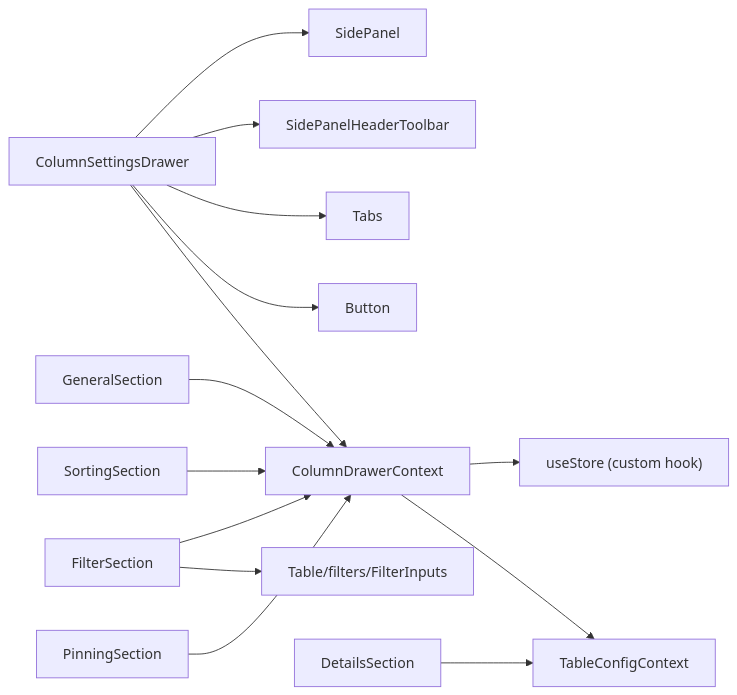
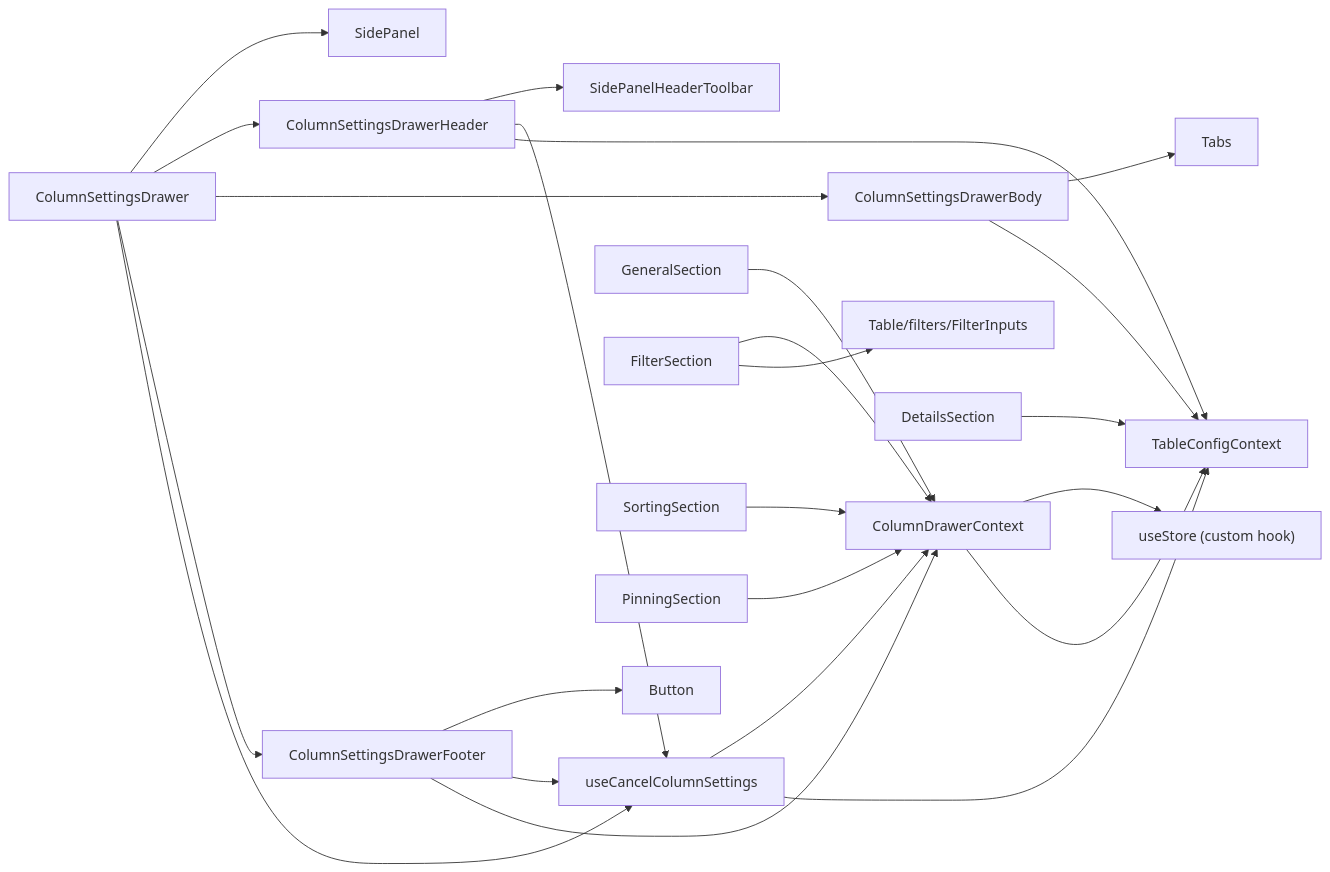
The first of 2 diagrams in packages/ui/src/components/Table/ColumnSettingsDrawer/ARCHITECTURE.md (luciocabrera/lcabrera-stack), drawn with Mermaid before and after one commit. The commit also changed other lines of this file and 1 other file, not shown here.

Commit message:
feat(ColumnSettingsDrawer): enhance architecture documentation with detailed component structure and hooks

````diff
--- a/packages/ui/src/components/Table/ColumnSettingsDrawer/ARCHITECTURE.md
+++ b/packages/ui/src/components/Table/ColumnSettingsDrawer/ARCHITECTURE.md
@@ -78,18 +96,32 @@
 ```mermaid
 graph LR
   CSD["ColumnSettingsDrawer"] --> SidePanel
-  CSD --> SidePanelHeaderToolbar
-  CSD --> Tabs
-  CSD --> Button
-  CSD --> ColumnDrawerContext
+  CSD --> CSDHeader["ColumnSettingsDrawerHeader"]
+  CSD --> CSDBody["ColumnSettingsDrawerBody"]
+  CSD --> CSDFooter["ColumnSettingsDrawerFooter"]
+  CSD --> CancelHook["useCancelColumnSettings"]
+
+  CSDHeader --> SidePanelHeaderToolbar
+  CSDHeader --> CancelHook
+  CSDHeader --> TableConfigContext
+
+  CSDBody --> Tabs
+  CSDBody --> TableConfigContext
+
+  CSDFooter --> Button
+  CSDFooter --> CancelHook
+  CSDFooter --> ColumnDrawerContext
+
+  CancelHook --> ColumnDrawerContext
+  CancelHook --> TableConfigContext
 
   ColumnDrawerContext --> useStore["useStore (custom hook)"]
   ColumnDrawerContext --> TableConfigContext
 
   GeneralSection --> ColumnDrawerContext
   FilterSection --> ColumnDrawerContext
   FilterSection --> FilterInputs["Table/filters/FilterInputs"]
   SortingSection --> ColumnDrawerContext
   PinningSection --> ColumnDrawerContext
   DetailsSection --> TableConfigContext
 ```
````
